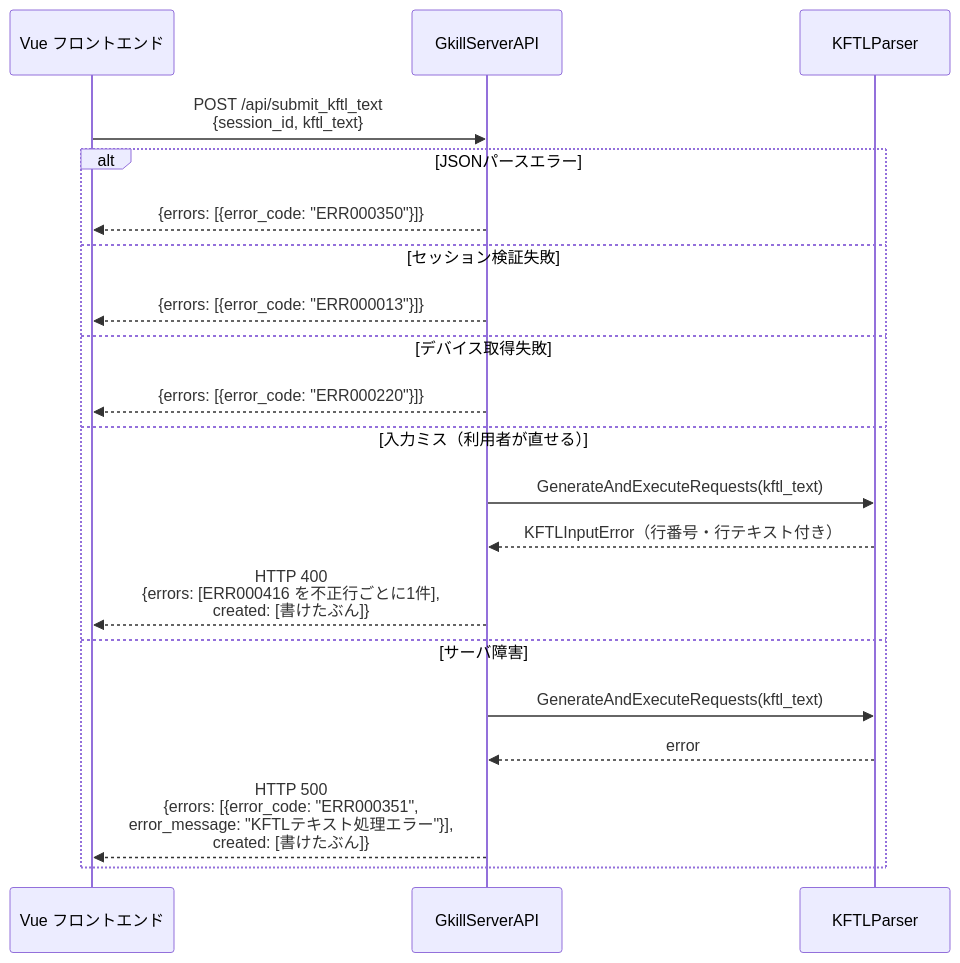
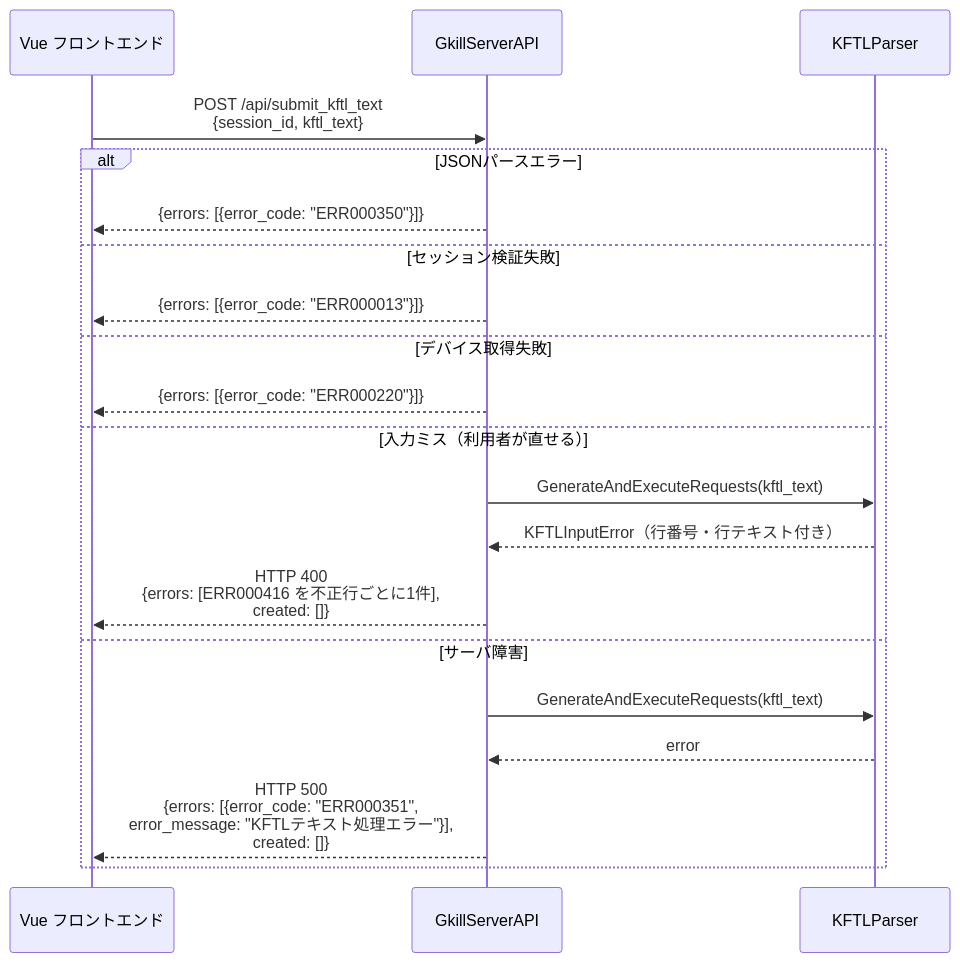
Before and after one commit to mt3hr/gkill: diagram 30 of 30 in documents/reverse/sequence-diagrams.md, drawn with Mermaid. The commit also changed other lines of this file and 220 other files, not shown here.

````diff
--- a/documents/reverse/sequence-diagrams.md
+++ b/documents/reverse/sequence-diagrams.md
@@ -1058,24 +1095,24 @@
 ```mermaid
 sequenceDiagram
     participant UI as Vue フロントエンド
     participant API as GkillServerAPI
     participant KFTL as KFTLParser
 
     UI->>API: POST /api/submit_kftl_text<br>{session_id, kftl_text}
 
     alt JSONパースエラー
         API-->>UI: {errors: [{error_code: "ERR000350"}]}
     else セッション検証失敗
         API-->>UI: {errors: [{error_code: "ERR000013"}]}
     else デバイス取得失敗
         API-->>UI: {errors: [{error_code: "ERR000220"}]}
     else 入力ミス（利用者が直せる）
         API->>KFTL: GenerateAndExecuteRequests(kftl_text)
         KFTL-->>API: KFTLInputError（行番号・行テキスト付き）
-        API-->>UI: HTTP 400<br>{errors: [ERR000416 を不正行ごとに1件],<br>created: [書けたぶん]}
+        API-->>UI: HTTP 400<br>{errors: [ERR000416 を不正行ごとに1件],<br>created: []}
     else サーバ障害
         API->>KFTL: GenerateAndExecuteRequests(kftl_text)
         KFTL-->>API: error
-        API-->>UI: HTTP 500<br>{errors: [{error_code: "ERR000351",<br>error_message: "KFTLテキスト処理エラー"}],<br>created: [書けたぶん]}
+        API-->>UI: HTTP 500<br>{errors: [{error_code: "ERR000351",<br>error_message: "KFTLテキスト処理エラー"}],<br>created: []}
     end
 ```
````
